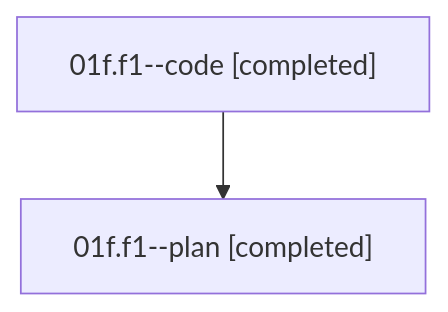
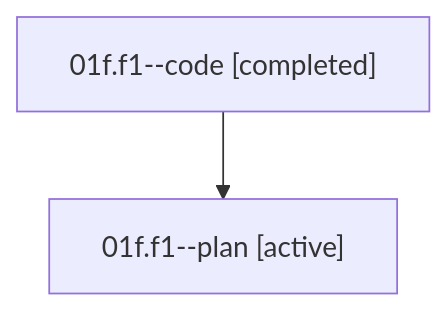
One commit to sase-org/sase--agents changed the diagram in families/bbugyi200.athena.01f.f1.md. Above: the diagram before and after it, drawn with Mermaid. The commit also changed other lines of this file and 35830 other files, not shown here.

````diff
--- a/families/bbugyi200.athena.01f.f1.md
+++ b/families/bbugyi200.athena.01f.f1.md
@@ -9,6 +9,6 @@
 ```mermaid
 flowchart TD
   n0["01f.f1--code [completed]"]
-  n1["01f.f1--plan [completed]"]
+  n1["01f.f1--plan [active]"]
   n0 --> n1
 ```
````
